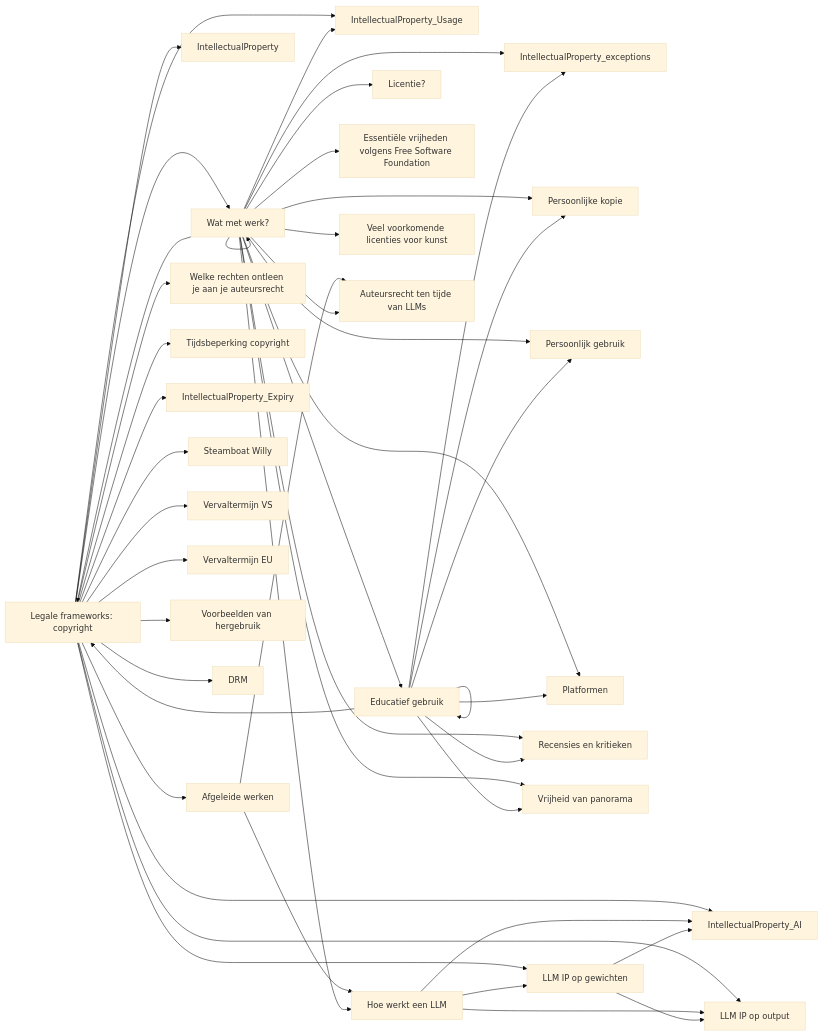
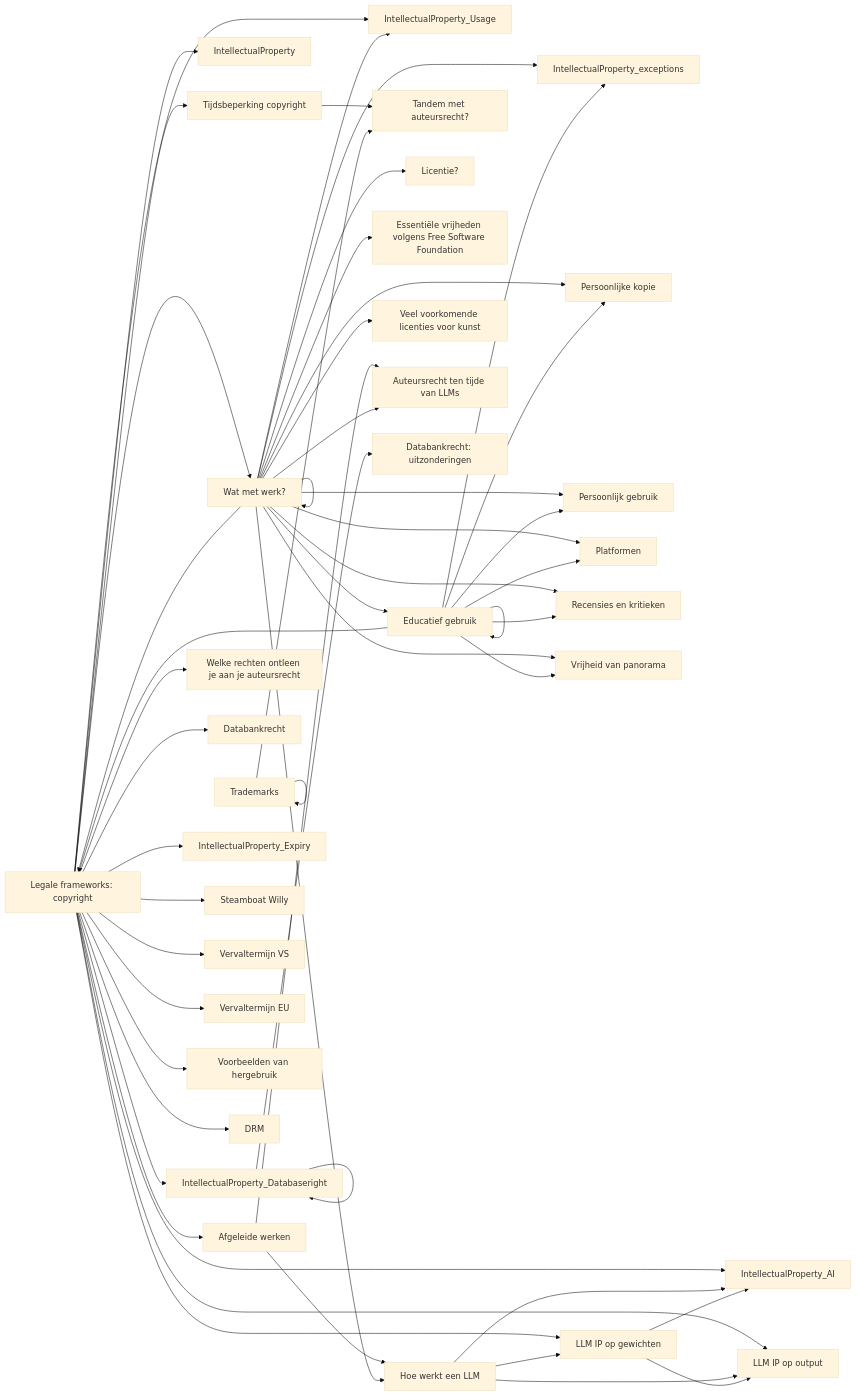
Before and after one commit to pietervdvn/slides-cloudsystemen: the diagram in 014 - Legal frameworks/index.md, drawn with Mermaid (base theme). The commit also changed other lines of this file, not shown here.

````diff
--- a/014 - Legal frameworks/index.md
+++ b/014 - Legal frameworks/index.md
@@ -853,48 +1060,55 @@
 ```mermaid
 graph LR;
 item_0[Legale frameworks: copyright] --> item_3[Wat met werk?];
 item_3[Wat met werk?] --> item_3[Wat met werk?];
 item_0[Legale frameworks: copyright] --> item_4[IntellectualProperty_Usage];
 item_3[Wat met werk?] --> item_4[IntellectualProperty_Usage];
 item_0[Legale frameworks: copyright] --> item_7[IntellectualProperty];
+item_0[Legale frameworks: copyright] --> item_10[IntellectualProperty_Databaseright];
+item_10[IntellectualProperty_Databaseright] --> item_10[IntellectualProperty_Databaseright];
+item_27[Trademarks] --> item_27[Trademarks];
 item_0[Legale frameworks: copyright] --> item_1[Afgeleide werken];
 item_0[Legale frameworks: copyright] --> item_2[Welke rechten ontleen je aan je auteursrecht];
-item_3[Wat met werk?] --> item_11[Educatief gebruik];
-item_11[Educatief gebruik] --> item_11[Educatief gebruik];
-item_3[Wat met werk?] --> item_12[IntellectualProperty_exceptions];
-item_11[Educatief gebruik] --> item_12[IntellectualProperty_exceptions];
-item_3[Wat met werk?] --> item_13[Persoonlijke kopie];
-item_11[Educatief gebruik] --> item_13[Persoonlijke kopie];
-item_3[Wat met werk?] --> item_14[Persoonlijk gebruik];
-item_11[Educatief gebruik] --> item_14[Persoonlijk gebruik];
-item_3[Wat met werk?] --> item_15[Platformen];
-item_11[Educatief gebruik] --> item_15[Platformen];
-item_3[Wat met werk?] --> item_16[Recensies en kritieken];
-item_11[Educatief gebruik] --> item_16[Recensies en kritieken];
+item_3[Wat met werk?] --> item_13[Educatief gebruik];
+item_13[Educatief gebruik] --> item_13[Educatief gebruik];
+item_3[Wat met werk?] --> item_14[IntellectualProperty_exceptions];
+item_13[Educatief gebruik] --> item_14[IntellectualProperty_exceptions];
+item_3[Wat met werk?] --> item_15[Persoonlijke kopie];
+item_13[Educatief gebruik] --> item_15[Persoonlijke kopie];
+item_3[Wat met werk?] --> item_16[Persoonlijk gebruik];
+item_13[Educatief gebruik] --> item_16[Persoonlijk gebruik];
+item_3[Wat met werk?] --> item_17[Platformen];
+item_13[Educatief gebruik] --> item_17[Platformen];
+item_3[Wat met werk?] --> item_18[Recensies en kritieken];
+item_13[Educatief gebruik] --> item_18[Recensies en kritieken];
 item_3[Wat met werk?] --> item_0[Uitzonderingen op copyright];
-item_11[Educatief gebruik] --> item_0[Uitzonderingen op copyright];
-item_3[Wat met werk?] --> item_17[Vrijheid van panorama];
-item_11[Educatief gebruik] --> item_17[Vrijheid van panorama];
-item_0[Legale frameworks: copyright] --> item_23[Tijdsbeperking copyright];
-item_0[Legale frameworks: copyright] --> item_24[IntellectualProperty_Expiry];
-item_0[Legale frameworks: copyright] --> item_25[Steamboat Willy];
-item_0[Legale frameworks: copyright] --> item_26[Vervaltermijn VS];
-item_0[Legale frameworks: copyright] --> item_27[Vervaltermijn EU];
-item_0[Legale frameworks: copyright] --> item_28[Voorbeelden van hergebruik];
-item_0[Legale frameworks: copyright] --> item_22[DRM];
+item_13[Educatief gebruik] --> item_0[Uitzonderingen op copyright];
+item_3[Wat met werk?] --> item_19[Vrijheid van panorama];
+item_13[Educatief gebruik] --> item_19[Vrijheid van panorama];
+item_0[Legale frameworks: copyright] --> item_9[Databankrecht];
+item_0[Legale frameworks: copyright] --> item_20[Tijdsbeperking copyright];
+item_20[Tijdsbeperking copyright] --> item_28[Tandem met auteursrecht?];
+item_27[Trademarks] --> item_28[Tandem met auteursrecht?];
+item_0[Legale frameworks: copyright] --> item_21[IntellectualProperty_Expiry];
+item_0[Legale frameworks: copyright] --> item_22[Steamboat Willy];
+item_0[Legale frameworks: copyright] --> item_23[Vervaltermijn VS];
+item_0[Legale frameworks: copyright] --> item_24[Vervaltermijn EU];
+item_0[Legale frameworks: copyright] --> item_25[Voorbeelden van hergebruik];
+item_0[Legale frameworks: copyright] --> item_33[DRM];
 item_3[Wat met werk?] --> item_5[Licentie?];
 item_3[Wat met werk?] --> item_6[Essentiële vrijheden volgens Free Software Foundation];
 item_1[Afgeleide werken] --> item_8[Hoe werkt een LLM];
 item_3[Wat met werk?] --> item_8[Hoe werkt een LLM];
-item_0[Legale frameworks: copyright] --> item_19[LLM IP op gewichten];
-item_8[Hoe werkt een LLM] --> item_19[LLM IP op gewichten];
-item_0[Legale frameworks: copyright] --> item_20[IntellectualProperty_AI];
-item_8[Hoe werkt een LLM] --> item_20[IntellectualProperty_AI];
-item_19[LLM IP op gewichten] --> item_20[IntellectualProperty_AI];
-item_0[Legale frameworks: copyright] --> item_21[LLM IP op output];
-item_8[Hoe werkt een LLM] --> item_21[LLM IP op output];
-item_19[LLM IP op gewichten] --> item_21[LLM IP op output];
-item_3[Wat met werk?] --> item_9[Veel voorkomende licenties voor kunst];
-item_1[Afgeleide werken] --> item_18[Auteursrecht ten tijde van LLMs];
-item_3[Wat met werk?] --> item_18[Auteursrecht ten tijde van LLMs]
+item_0[Legale frameworks: copyright] --> item_30[LLM IP op gewichten];
+item_8[Hoe werkt een LLM] --> item_30[LLM IP op gewichten];
+item_0[Legale frameworks: copyright] --> item_31[IntellectualProperty_AI];
+item_8[Hoe werkt een LLM] --> item_31[IntellectualProperty_AI];
+item_30[LLM IP op gewichten] --> item_31[IntellectualProperty_AI];
+item_0[Legale frameworks: copyright] --> item_32[LLM IP op output];
+item_8[Hoe werkt een LLM] --> item_32[LLM IP op output];
+item_30[LLM IP op gewichten] --> item_32[LLM IP op output];
+item_3[Wat met werk?] --> item_11[Veel voorkomende licenties voor kunst];
+item_1[Afgeleide werken] --> item_29[Auteursrecht ten tijde van LLMs];
+item_3[Wat met werk?] --> item_29[Auteursrecht ten tijde van LLMs];
+item_10[IntellectualProperty_Databaseright] --> item_34[Databankrecht: uitzonderingen]
 ```
````
